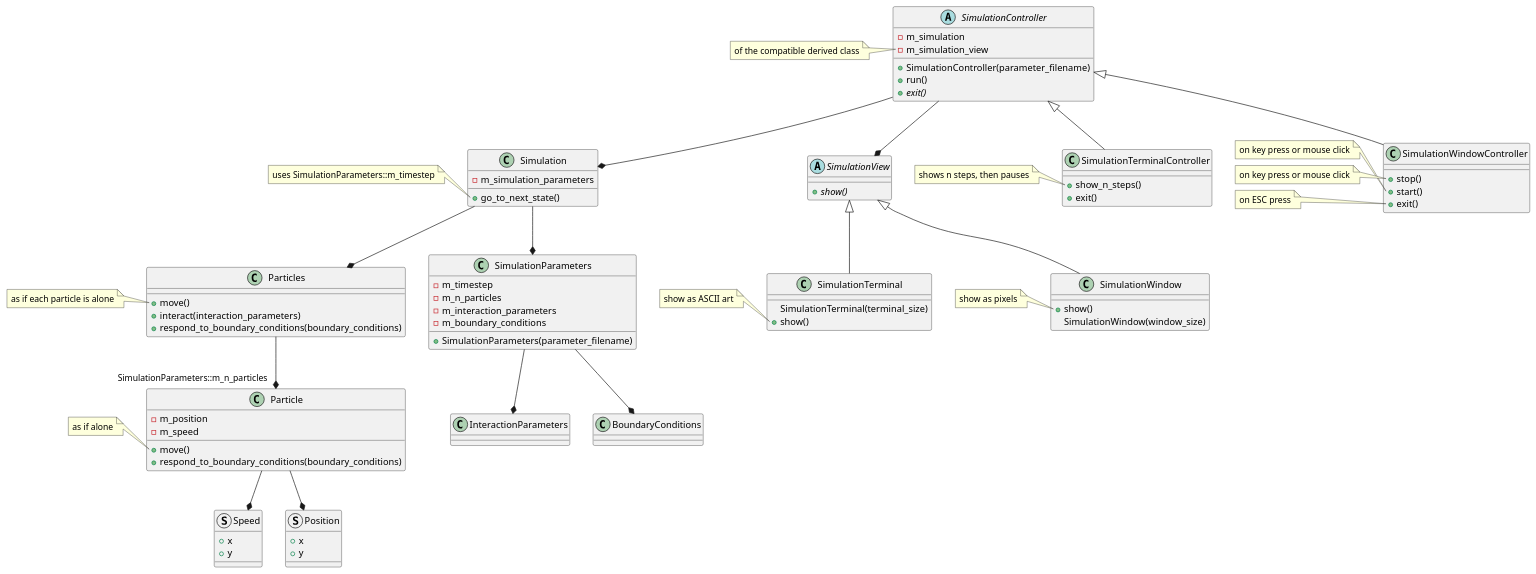
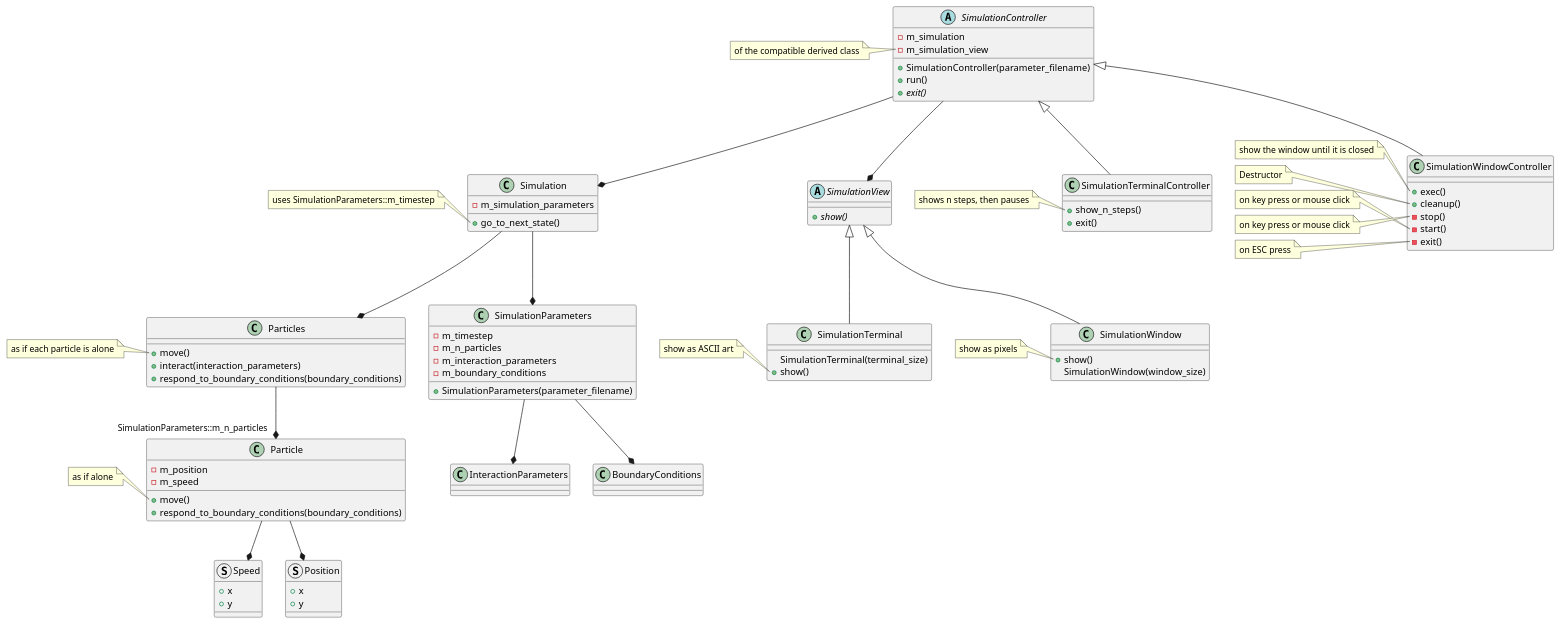
The diagram in design/class_diagram_richel.puml (programming-formalisms/programming_formalisms_example_project), drawn with PlantUML before and after one commit. The commit also changed 2 other files, not shown here.

```diff
--- a/design/class_diagram_richel.puml
+++ b/design/class_diagram_richel.puml
@@ -1,155 +1,165 @@
 @startuml
 
 class Simulation
 
 abstract class SimulationView
 class SimulationTerminal
 class SimulationWindow
 
 abstract class SimulationController
 class SimulationTerminalController
 class SimulationWindowController
 
 class SimulationParameters
 class Particles
 class Particle
 struct Speed
 struct Position
 
 SimulationController --* Simulation
 SimulationController --* SimulationView
 
 Simulation --* SimulationParameters
 SimulationParameters --* InteractionParameters
 SimulationParameters --* BoundaryConditions
 
 Simulation --* Particles
 Particles --* "SimulationParameters::m_n_particles" Particle
 
 Particle --* Speed
 Particle --* Position
 
 
 SimulationView <|-- SimulationTerminal
 SimulationView <|-- SimulationWindow
 
 SimulationController <|-- SimulationTerminalController
 SimulationController <|-- SimulationWindowController
 
 class SimulationParameters {
   + SimulationParameters(parameter_filename)
   - m_timestep
   - m_n_particles
   - m_interaction_parameters
   - m_boundary_conditions
 }
 
 class Simulation {
   + go_to_next_state()
   - m_simulation_parameters
 }
 
 note left of Simulation::go_to_next_state
   uses SimulationParameters::m_timestep
 end note
 
 
 class Particles {
   + move()
   + interact(interaction_parameters)
   + respond_to_boundary_conditions(boundary_conditions)
 }
 
 note left of Particles::move
   as if each particle is alone
 end note
 
 class Particle {
   + move()
   + respond_to_boundary_conditions(boundary_conditions)
 
   - m_position
   - m_speed
 }
 
 note left of Particle::move
   as if alone
 end note
 
 struct Speed {
   + x
   + y
 }
 
 struct Position {
   + x
   + y
 }
 
 
 abstract class SimulationView {
   + {abstract} show()
 }
 
 class SimulationTerminal {
   SimulationTerminal(terminal_size)
   + show()
 }
 note left of SimulationTerminal::show
   show as ASCII art
 end note
 
 class SimulationWindow {
   + show()
   SimulationWindow(window_size)
 }
 
 note left of SimulationWindow::show
   show as pixels
 end note
 
 
 abstract class SimulationController {
   + SimulationController(parameter_filename)
   + run()
   + {abstract} exit()
   - m_simulation
   - m_simulation_view
 }
 
 note left of SimulationController::m_simulation_view
   of the compatible derived class
 end note
 
 
 class SimulationTerminalController {
   + show_n_steps()
   + exit()
 }
 
 note left of SimulationTerminalController::show_n_steps
   shows n steps, then pauses
 end note
 
 
 class SimulationWindowController {
-  + stop()
-  + start()
-  + exit()
+  + exec()
+  + cleanup()
+  - stop()
+  - start()
+  - exit()
 }
+
+note left of SimulationWindowController::exec
+  show the window until it is closed
+end note
+
+note left of SimulationWindowController::cleanup
+  Destructor
+end note
 
 note left of SimulationWindowController::start
   on key press or mouse click
 end note
 
 note left of SimulationWindowController::stop
   on key press or mouse click
 end note
 
 note left of SimulationWindowController::exit
   on ESC press
 end note
 
 
 
 @enduml
```
